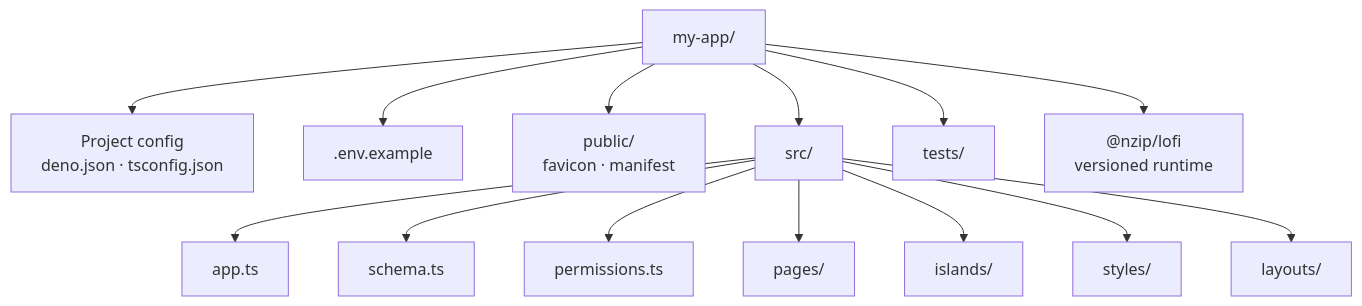
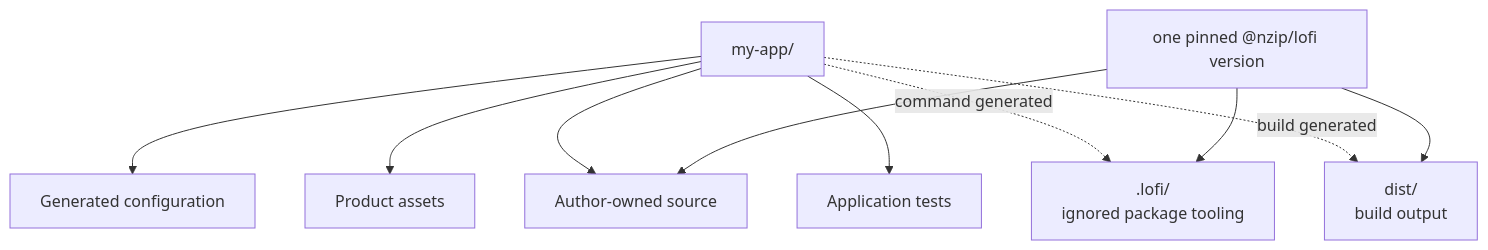
The diagram in docs/reference/project-layout.md (FelineStateMachine/lofi), drawn with Mermaid before and after one commit. The commit also changed other lines of this file and 34 other files, not shown here.

Commit message:
feat: ship generated app PWA and release gate

````diff
--- a/docs/reference/project-layout.md
+++ b/docs/reference/project-layout.md
@@ -3,18 +8,13 @@
 ```mermaid
 flowchart TB
     Root["my-app/"]
-    Root --> Config["Project config<br/>deno.json · tsconfig.json"]
-    Root --> Env[".env.example"]
-    Root --> Public["public/<br/>favicon · manifest"]
-    Root --> Src["src/"]
-    Root --> Tests["tests/"]
-
-    Src --> App["app.ts"]
-    Src --> Schema["schema.ts"]
-    Src --> Permissions["permissions.ts"]
-    Src --> Pages["pages/"]
-    Src --> Islands["islands/"]
-    Src --> Styles["styles/"]
-    Src --> Layouts["layouts/"]
-    Root --> Runtime["@nzip/lofi<br/>versioned runtime"]
+    Root --> Config["Generated configuration"]
+    Root --> Public["Product assets"]
+    Root --> Src["Author-owned source"]
+    Root --> Tests["Application tests"]
+    Root -. command generated .-> Tooling[".lofi/<br/>ignored package tooling"]
+    Root -. build generated .-> Dist["dist/<br/>build output"]
+    Package["one pinned @nzip/lofi version"] --> Tooling
+    Package --> Dist
+    Package --> Src
 ```
````
